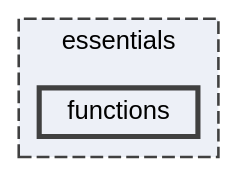
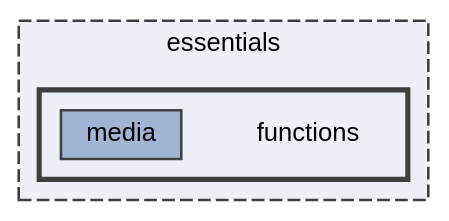
Before and after one commit to GrenManSK/ZnamE: the diagram in rtf/dir_643e18308e1fb8943d3adb3f912126b6_dep.dot, drawn with Graphviz. The commit also changed 385 other files, not shown here.

```diff
--- a/rtf/dir_643e18308e1fb8943d3adb3f912126b6_dep.dot
+++ b/rtf/dir_643e18308e1fb8943d3adb3f912126b6_dep.dot
@@ -1,12 +1,16 @@
 digraph "essentials/functions"
 {
  // LATEX_PDF_SIZE
   bgcolor="transparent";
   edge [fontname=Helvetica,fontsize=10,labelfontname=Helvetica,labelfontsize=10];
   node [fontname=Helvetica,fontsize=10,shape=box,height=0.2,width=0.4];
   compound=true
   subgraph clusterdir_d5b1ed787a0439ef5e70cb4862ae5db0 {
     graph [ bgcolor="#edf0f7", pencolor="grey25", label="essentials", fontname=Helvetica,fontsize=10 style="filled,dashed", URL="dir_d5b1ed787a0439ef5e70cb4862ae5db0.html",tooltip=""]
-  dir_643e18308e1fb8943d3adb3f912126b6 [label="functions", fillcolor="#edf0f7", color="grey25", style="filled,bold", URL="dir_643e18308e1fb8943d3adb3f912126b6.html",tooltip=""];
+  subgraph clusterdir_643e18308e1fb8943d3adb3f912126b6 {
+    graph [ bgcolor="#edf0f7", pencolor="grey25", label="", fontname=Helvetica,fontsize=10 style="filled,bold", URL="dir_643e18308e1fb8943d3adb3f912126b6.html",tooltip=""]
+    dir_643e18308e1fb8943d3adb3f912126b6 [shape=plaintext, label="functions"];
+  dir_1f2d337c9955d3de0c25ffab2b121e3a [label="media", fillcolor="#a2b4d6", color="grey25", style="filled", URL="dir_1f2d337c9955d3de0c25ffab2b121e3a.html",tooltip=""];
+  }
   }
 }
```
